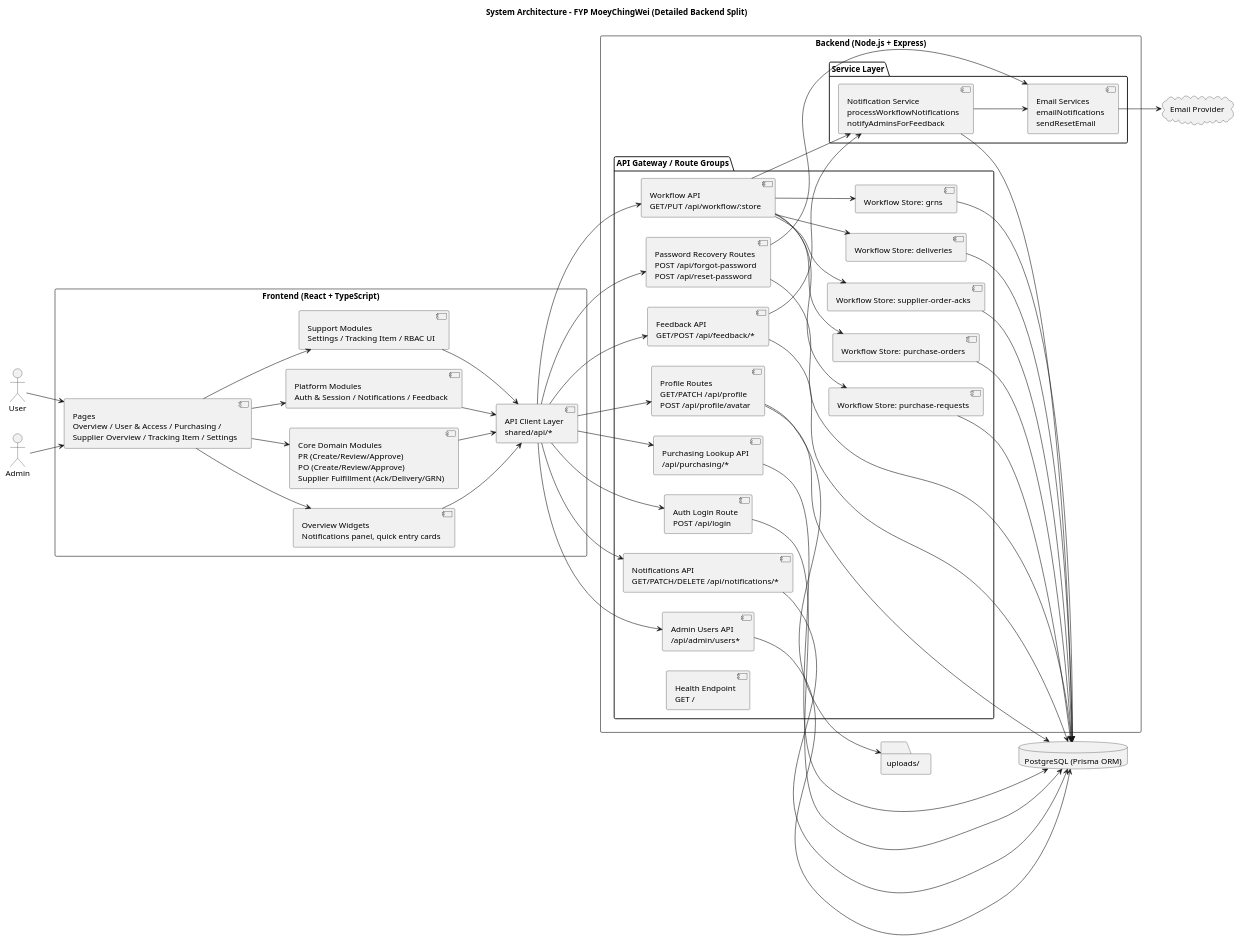
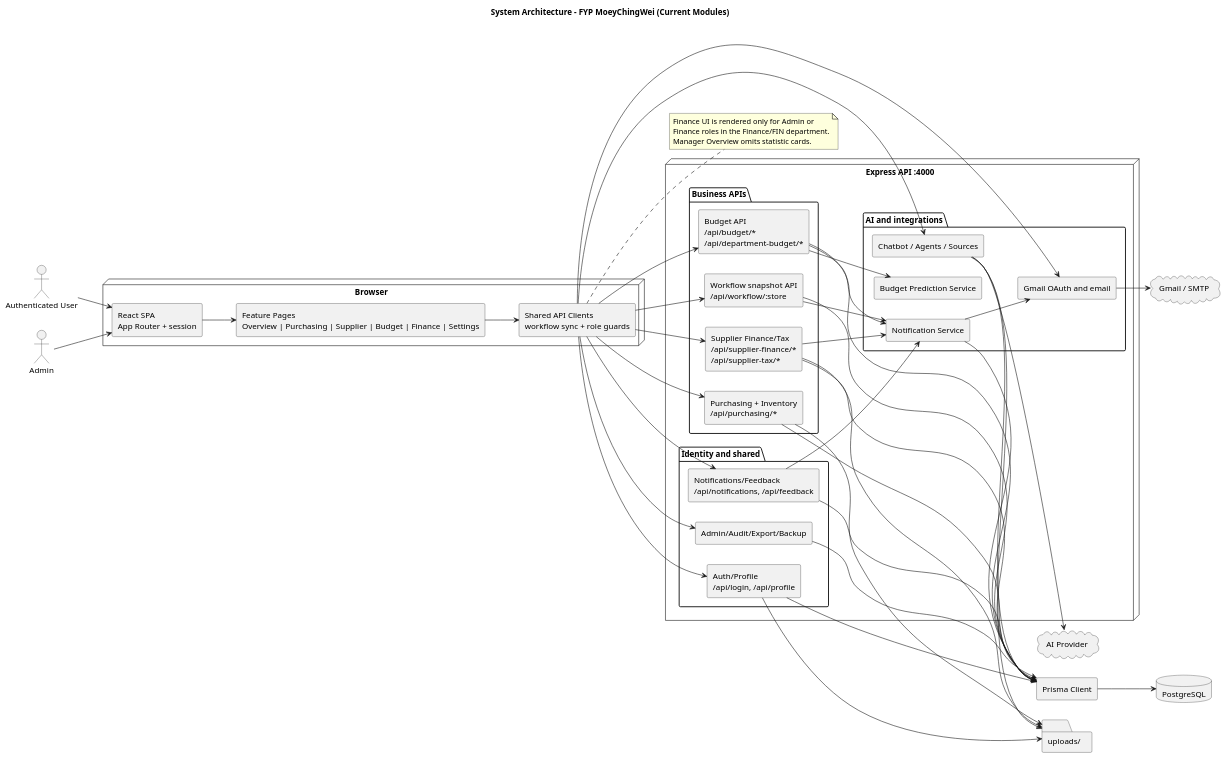
The diagram in Diagram/system-architecture.puml (MoeyChingWei/FYP-MoeyChingWei), drawn with PlantUML before and after one commit. The commit also changed 47 other files, not shown here.

Commit message:
Update for diagram

```diff
--- a/Diagram/system-architecture.puml
+++ b/Diagram/system-architecture.puml
@@ -1,100 +1,83 @@
 @startuml
-title System Architecture - FYP MoeyChingWei (Detailed Backend Split)
+title System Architecture - FYP MoeyChingWei (Current Modules)
 left to right direction
+skinparam componentStyle rectangle
 
-actor User
+actor "Authenticated User" as User
 actor Admin
 
-rectangle "Frontend (React + TypeScript)" as FE {
-  component "Pages\nOverview / User & Access / Purchasing /\nSupplier Overview / Tracking Item / Settings" as FEPages
-  component "Overview Widgets\nNotifications panel, quick entry cards" as FEWidgets
-
-  component "Core Domain Modules\nPR (Create/Review/Approve)\nPO (Create/Review/Approve)\nSupplier Fulfillment (Ack/Delivery/GRN)" as FECore
-  component "Platform Modules\nAuth & Session / Notifications / Feedback" as FEPlatform
-  component "Support Modules\nSettings / Tracking Item / RBAC UI" as FESupport
-
-  component "API Client Layer\nshared/api/*" as FEApi
+node "Browser" {
+  component "React SPA\nApp Router + session" as SPA
+  component "Feature Pages\nOverview | Purchasing | Supplier | Budget | Finance | Settings" as Pages
+  component "Shared API Clients\nworkflow sync + role guards" as Clients
 }
 
-rectangle "Backend (Node.js + Express)" as BE {
-  package "API Gateway / Route Groups" {
-    component "Auth Login Route\nPOST /api/login" as AuthLogin
-    component "Password Recovery Routes\nPOST /api/forgot-password\nPOST /api/reset-password" as AuthRecovery
-    component "Profile Routes\nGET/PATCH /api/profile\nPOST /api/profile/avatar" as ProfileRoutes
-
-    component "Workflow API\nGET/PUT /api/workflow/:store" as WorkflowApi
-    component "Workflow Store: purchase-requests" as WfPR
-    component "Workflow Store: purchase-orders" as WfPO
-    component "Workflow Store: supplier-order-acks" as WfAck
-    component "Workflow Store: deliveries" as WfDel
-    component "Workflow Store: grns" as WfGrn
-
-    component "Notifications API\nGET/PATCH/DELETE /api/notifications/*" as NotiApi
-    component "Feedback API\nGET/POST /api/feedback/*" as FbApi
-    component "Admin Users API\n/api/admin/users*" as AdminUsersApi
-    component "Purchasing Lookup API\n/api/purchasing/*" as LookupApi
-    component "Health Endpoint\nGET /" as HealthApi
+node "Express API :4000" {
+  package "Identity and shared" {
+    component "Auth/Profile\n/api/login, /api/profile" as Auth
+    component "Notifications/Feedback\n/api/notifications, /api/feedback" as Shared
+    component "Admin/Audit/Export/Backup" as AdminApi
   }
-
-  package "Service Layer" {
-    component "Notification Service\nprocessWorkflowNotifications\nnotifyAdminsForFeedback" as NotiSvc
-    component "Email Services\nemailNotifications\nsendResetEmail" as EmailSvc
+  package "Business APIs" {
+    component "Workflow snapshot API\n/api/workflow/:store" as Workflow
+    component "Purchasing + Inventory\n/api/purchasing/*" as PurchaseApi
+    component "Supplier Finance/Tax\n/api/supplier-finance/*\n/api/supplier-tax/*" as FinanceApi
+    component "Budget API\n/api/budget/*\n/api/department-budget/*" as BudgetApi
+  }
+  package "AI and integrations" {
+    component "Chatbot / Agents / Sources" as AiApi
+    component "Gmail OAuth and email" as GmailApi
+    component "Notification Service" as Notify
+    component "Budget Prediction Service" as Predict
   }
 }
 
-database "PostgreSQL (Prisma ORM)" as DB
+database "PostgreSQL" as DB
+component "Prisma Client" as Prisma
 folder "uploads/" as Uploads
-cloud "Email Provider" as Email
+cloud "Gmail / SMTP" as Mail
+cloud "AI Provider" as AI
 
-User --> FEPages
-Admin --> FEPages
+User --> SPA
+Admin --> SPA
+SPA --> Pages
+Pages --> Clients
+Clients --> Auth
+Clients --> Shared
+Clients --> AdminApi
+Clients --> Workflow
+Clients --> PurchaseApi
+Clients --> FinanceApi
+Clients --> BudgetApi
+Clients --> AiApi
+Clients --> GmailApi
 
-FEPages --> FEWidgets
-FEPages --> FECore
-FEPages --> FEPlatform
-FEPages --> FESupport
+Auth --> Prisma
+Shared --> Prisma
+AdminApi --> Prisma
+Workflow --> Prisma
+PurchaseApi --> Prisma
+FinanceApi --> Prisma
+BudgetApi --> Prisma
+AiApi --> Prisma
+Prisma --> DB
+Auth --> Uploads
+PurchaseApi --> Uploads
+FinanceApi --> Uploads
+AiApi --> Uploads
+Workflow --> Notify
+Shared --> Notify
+BudgetApi --> Notify
+FinanceApi --> Notify
+BudgetApi --> Predict
+Notify --> Prisma
+Notify --> GmailApi
+GmailApi --> Mail
+AiApi --> AI
 
-FEWidgets --> FEApi
-FECore --> FEApi
-FEPlatform --> FEApi
-FESupport --> FEApi
-
-FEApi --> AuthLogin
-FEApi --> AuthRecovery
-FEApi --> ProfileRoutes
-FEApi --> WorkflowApi
-FEApi --> NotiApi
-FEApi --> FbApi
-FEApi --> AdminUsersApi
-FEApi --> LookupApi
-
-WorkflowApi --> WfPR
-WorkflowApi --> WfPO
-WorkflowApi --> WfAck
-WorkflowApi --> WfDel
-WorkflowApi --> WfGrn
-
-AuthLogin --> DB
-AuthRecovery --> DB
-ProfileRoutes --> DB
-ProfileRoutes --> Uploads
-
-WfPR --> DB
-WfPO --> DB
-WfAck --> DB
-WfDel --> DB
-WfGrn --> DB
-
-NotiApi --> DB
-FbApi --> DB
-AdminUsersApi --> DB
-LookupApi --> DB
-
-WorkflowApi --> NotiSvc
-FbApi --> NotiSvc
-NotiSvc --> DB
-NotiSvc --> EmailSvc
-AuthRecovery --> EmailSvc
-EmailSvc --> Email
-
+note right of Clients
+Finance UI is rendered only for Admin or
+Finance roles in the Finance/FIN department.
+Manager Overview omits statistic cards.
+end note
 @enduml
```
